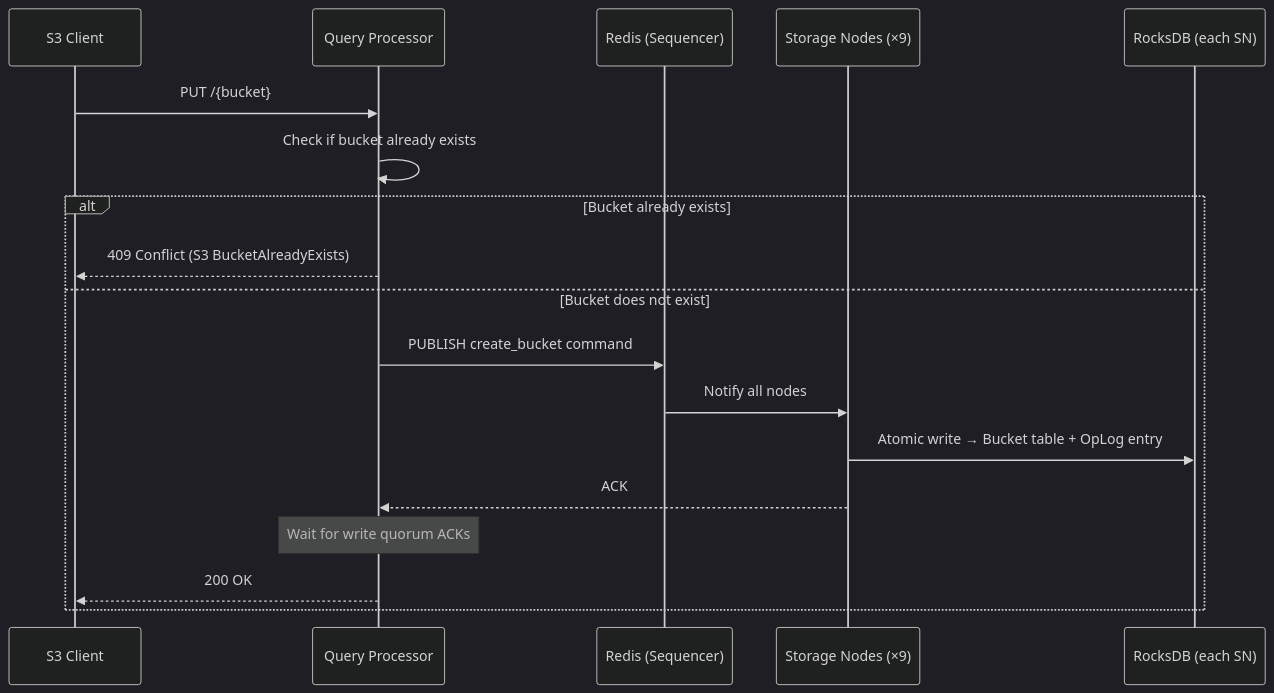
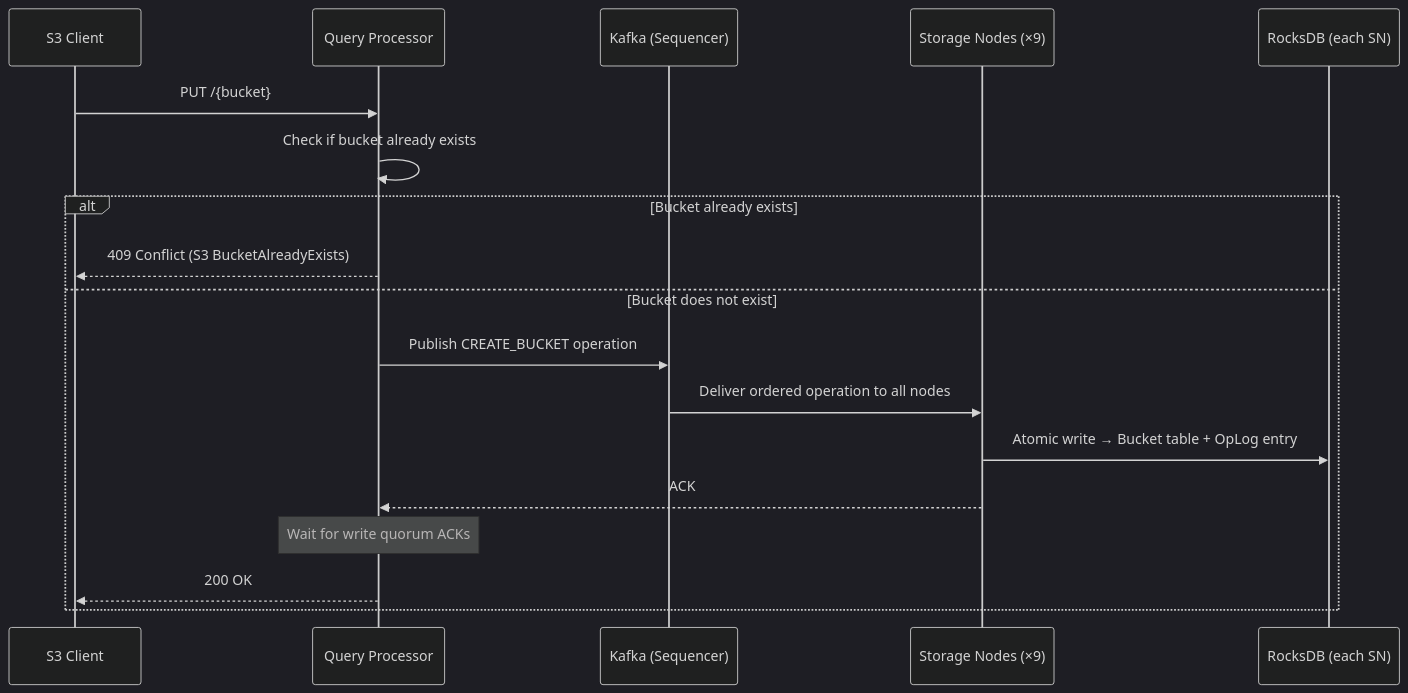
The seventh of 16 diagrams in docs/workflow.md (S26-Distributed-Capstone/Koop), drawn with Mermaid (dark theme) before and after one commit. The commit also changed other lines of this file, not shown here.

Commit message:
Update workflow documentation to reflect Kafka integration as the sequencer for operations

````diff
--- a/docs/workflow.md
+++ b/docs/workflow.md
@@ -213,21 +212,21 @@
 ```mermaid
 sequenceDiagram
     participant C as S3 Client
     participant QP as Query Processor
-    participant Redis as Redis (Sequencer)
+    participant Kafka as Kafka (Sequencer)
     participant SN as Storage Nodes (×9)
     participant RDB as RocksDB (each SN)
 
     C->>QP: PUT /{bucket}
     QP->>QP: Check if bucket already exists
     alt Bucket already exists
         QP-->>C: 409 Conflict (S3 BucketAlreadyExists)
     else Bucket does not exist
-        QP->>Redis: PUBLISH create_bucket command
-        Redis->>SN: Notify all nodes
+        QP->>Kafka: Publish CREATE_BUCKET operation
+        Kafka->>SN: Deliver ordered operation to all nodes
         SN->>RDB: Atomic write → Bucket table + OpLog entry
         SN-->>QP: ACK
         Note over QP: Wait for write quorum ACKs
         QP-->>C: 200 OK
     end
 ```
````
